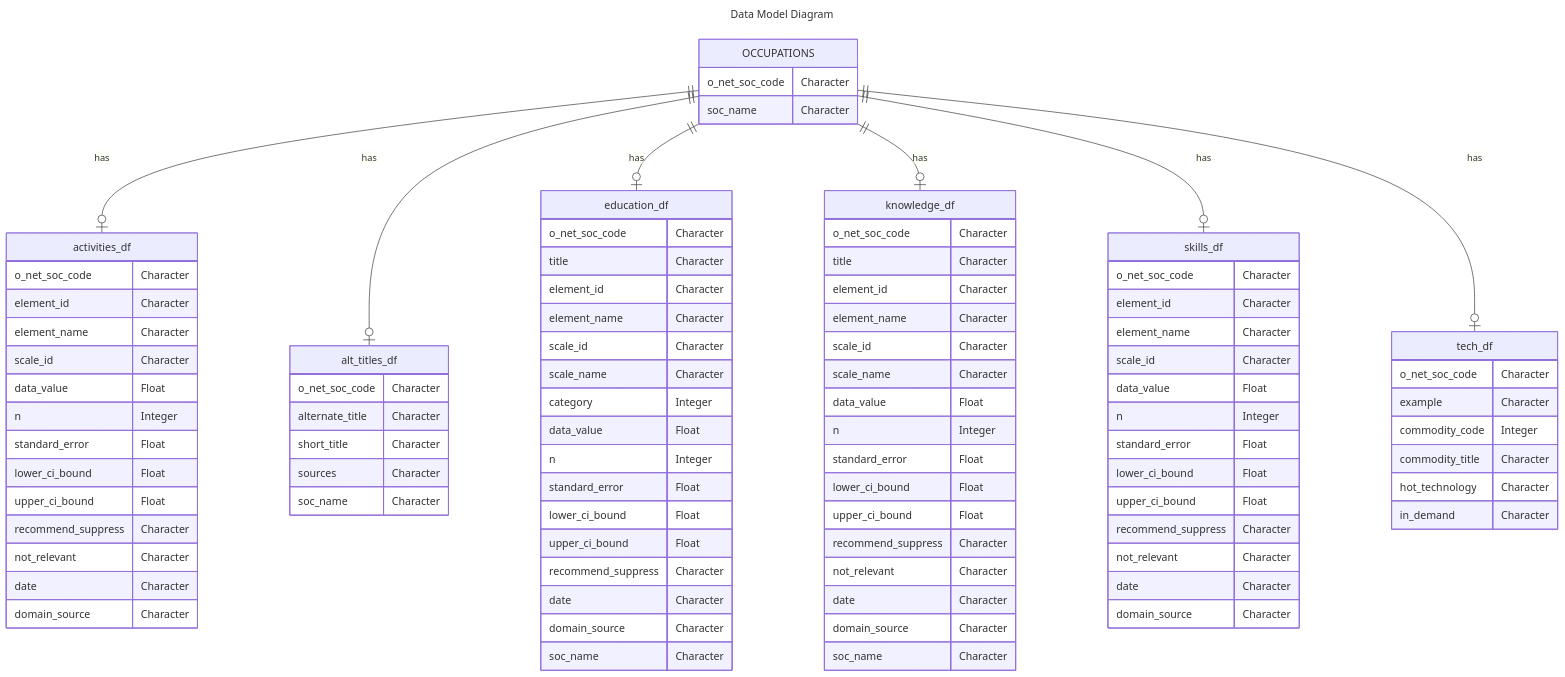
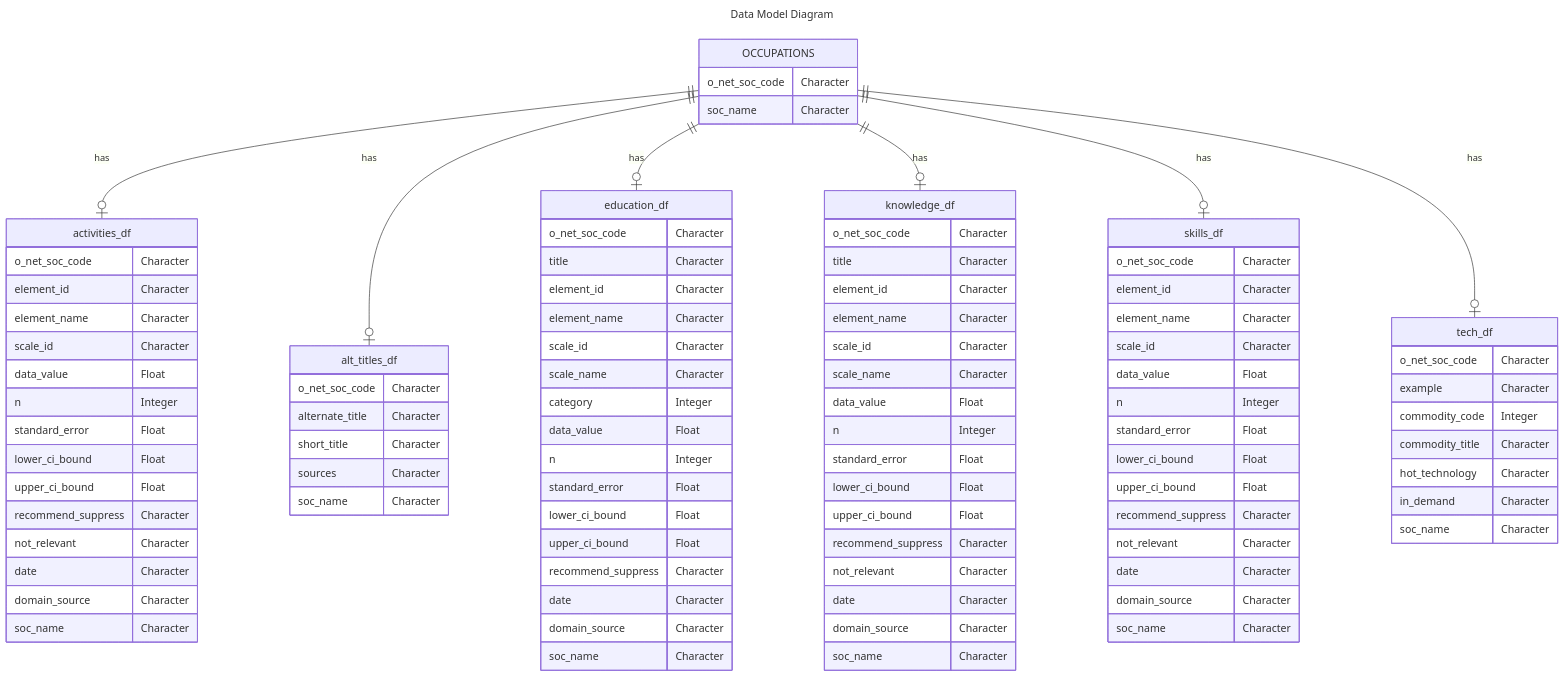
Before and after one commit to kevinhav/DATA607_project_3: the diagram in docs/solution_architecture.md, drawn with Mermaid. The commit also changed other lines of this file, not shown here.

```diff
--- a/docs/solution_architecture.md
+++ b/docs/solution_architecture.md
@@ -198,6 +200,7 @@
         not_relevant Character
         date Character
         domain_source Character
+        soc_name Character
     }
 
     alt_titles_df {
@@ -260,6 +263,7 @@
         not_relevant Character
         date Character
         domain_source Character
+        soc_name Character
     }
 
     tech_df {
@@ -269,6 +273,7 @@
         commodity_title Character
         hot_technology Character
         in_demand Character
+        soc_name Character
     }
 
     OCCUPATIONS ||--o| activities_df : has
```
